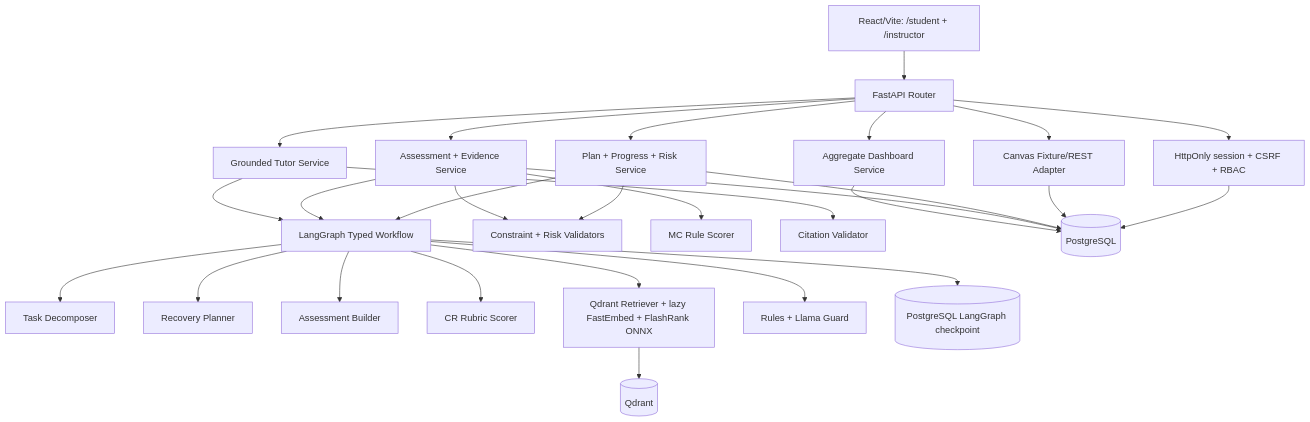
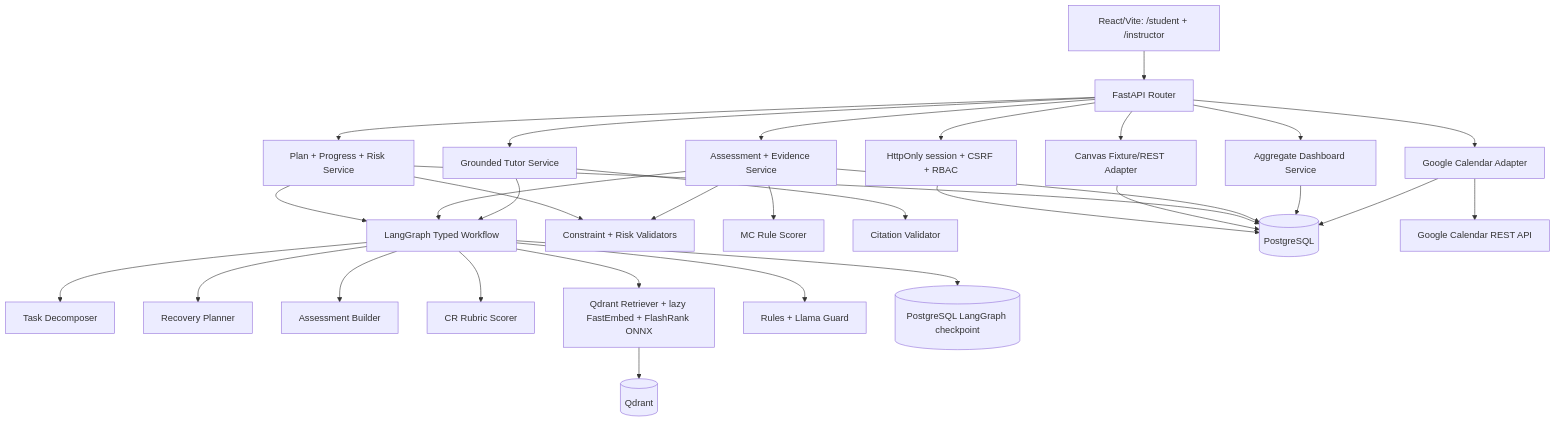
Before and after one commit to kchi24/K4_AI20K_2A202602797_ThanThiKimChi_Project: the second of 4 diagrams in docs/architecture_diagram.md, drawn with Mermaid. The commit also changed other lines of this file and 13 other files, not shown here.

Commit message:
feat(calendar): integrate Google Calendar OAuth and study blocks

````diff
--- a/docs/architecture_diagram.md
+++ b/docs/architecture_diagram.md
@@ -26,33 +27,36 @@
 ```mermaid
 flowchart TB
     UI[React/Vite: /student + /instructor] --> API[FastAPI Router]
     API --> Auth[HttpOnly session + CSRF + RBAC]
     API --> CanvasAdapter[Canvas Fixture/REST Adapter]
     API --> Plan[Plan + Progress + Risk Service]
     API --> Assess[Assessment + Evidence Service]
     API --> Tutor[Grounded Tutor Service]
     API --> Dashboard[Aggregate Dashboard Service]
+    API --> Calendar[Google Calendar Adapter]
 
     Plan --> Graph[LangGraph Typed Workflow]
     Assess --> Graph
     Tutor --> Graph
     Graph --> Decompose[Task Decomposer]
     Graph --> Recover[Recovery Planner]
     Graph --> ItemBuilder[Assessment Builder]
     Graph --> RubricScorer[CR Rubric Scorer]
     Graph --> Retriever[Qdrant Retriever + lazy FastEmbed + FlashRank ONNX]
     Graph --> Guardrail[Rules + Llama Guard]
 
     Plan --> Deterministic[Constraint + Risk Validators]
     Assess --> Deterministic
     Assess --> MC[MC Rule Scorer]
     Tutor --> Citation[Citation Validator]
 
     Auth --> DB[(PostgreSQL)]
     CanvasAdapter --> DB
     Plan --> DB
     Assess --> DB
     Dashboard --> DB
+    Calendar --> DB
+    Calendar --> GoogleAPI[Google Calendar REST API]
     Retriever --> Qdrant[(Qdrant)]
     Graph --> Checkpoint[(PostgreSQL LangGraph checkpoint)]
 ```
````
